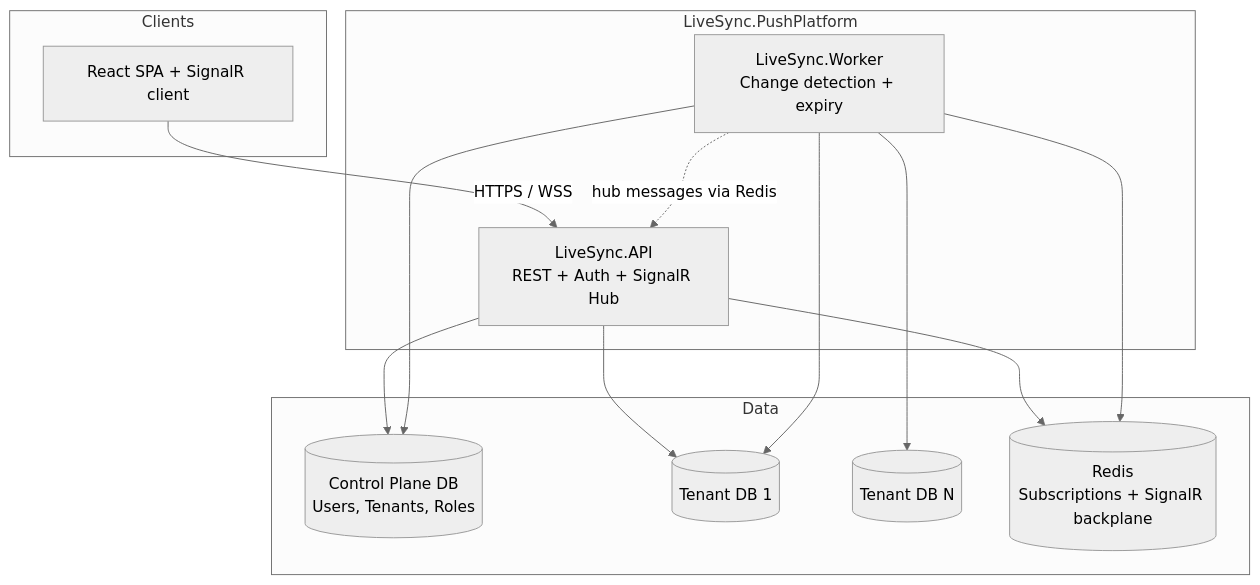
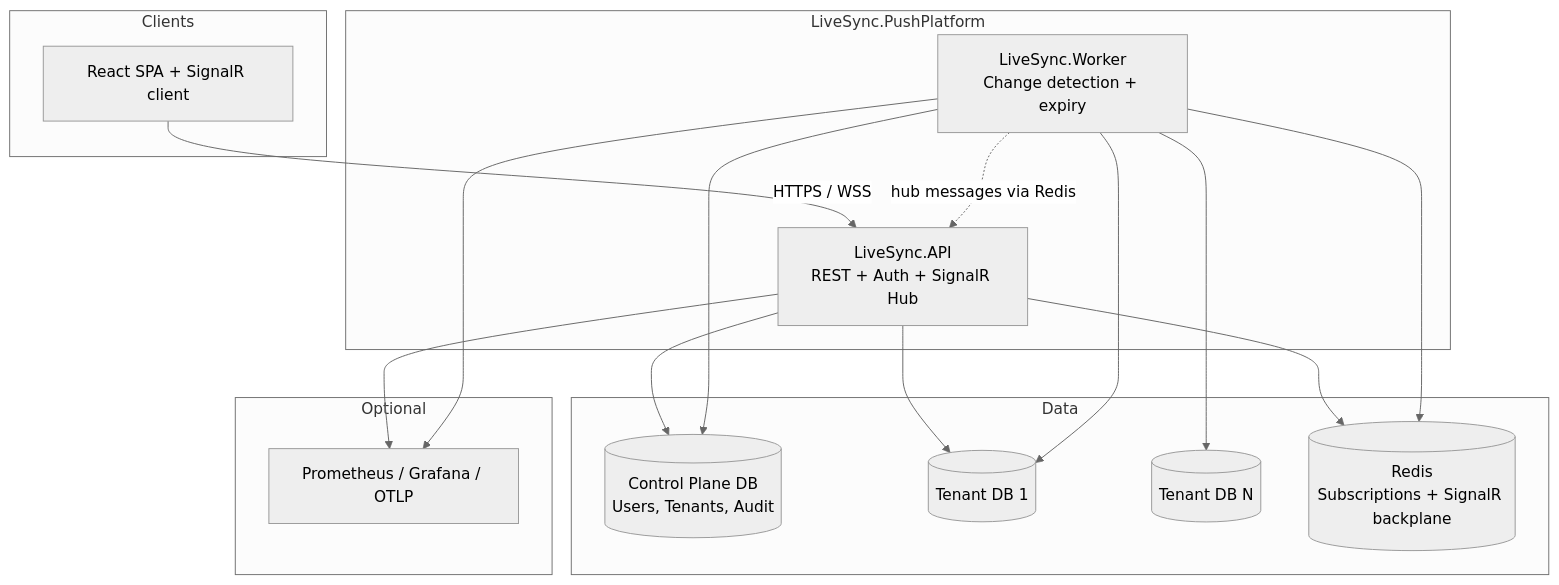
Before and after one commit to ismayilov449/LiveSync: the first of 4 diagrams in LiveSync.PushPlatform/README.md, drawn with Mermaid (neutral theme). The commit also changed other lines of this file and 94 other files, not shown here.

````diff
--- a/LiveSync.PushPlatform/README.md
+++ b/LiveSync.PushPlatform/README.md
@@ -95,28 +102,34 @@
 ```mermaid
 flowchart TB
     subgraph Clients
         SPA[React SPA + SignalR client]
     end
 
     subgraph LiveSync.PushPlatform
         API[LiveSync.API<br/>REST + Auth + SignalR Hub]
         Worker[LiveSync.Worker<br/>Change detection + expiry]
     end
 
     subgraph Data
-        CP[(Control Plane DB<br/>Users, Tenants, Roles)]
+        CP[(Control Plane DB<br/>Users, Tenants, Audit)]
         T1[(Tenant DB 1)]
         T2[(Tenant DB N)]
         Redis[(Redis<br/>Subscriptions + SignalR backplane)]
+    end
+
+    subgraph Obs[Optional]
+        PROM[Prometheus / Grafana / OTLP]
     end
 
     SPA -->|HTTPS / WSS| API
     API --> CP
     API --> T1
     API --> Redis
     Worker --> CP
     Worker --> T1
     Worker --> T2
     Worker --> Redis
     Worker -.->|hub messages via Redis| API
+    API --> PROM
+    Worker --> PROM
 ```
````
